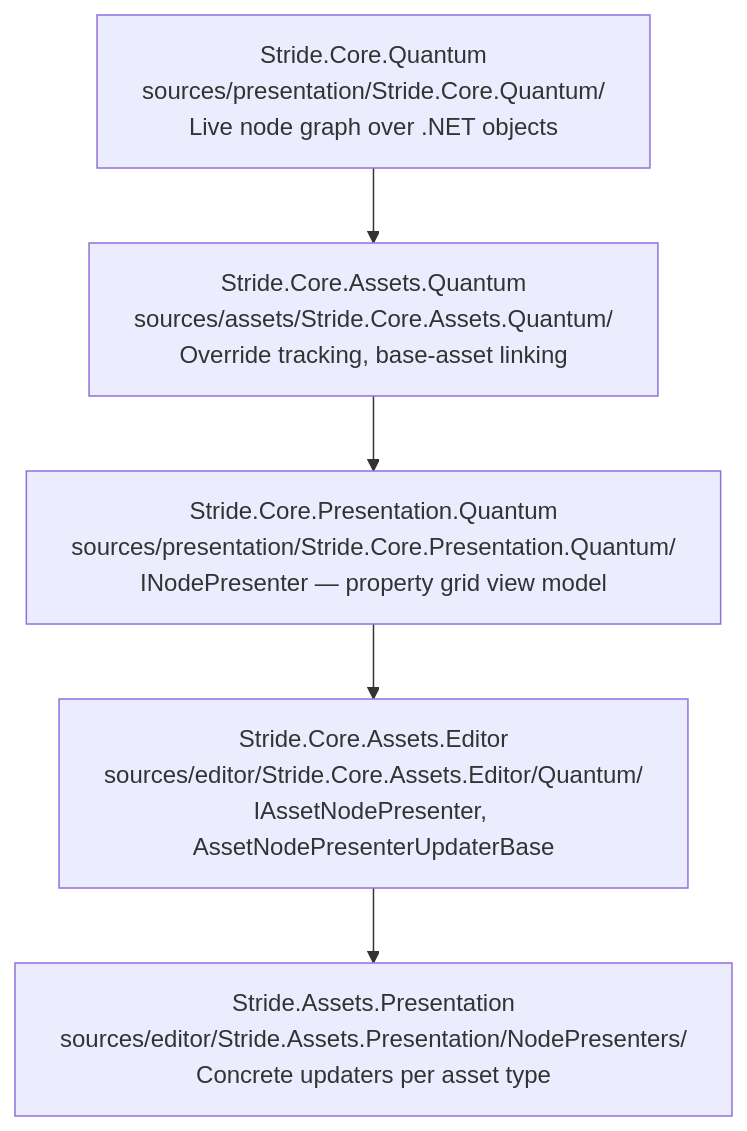
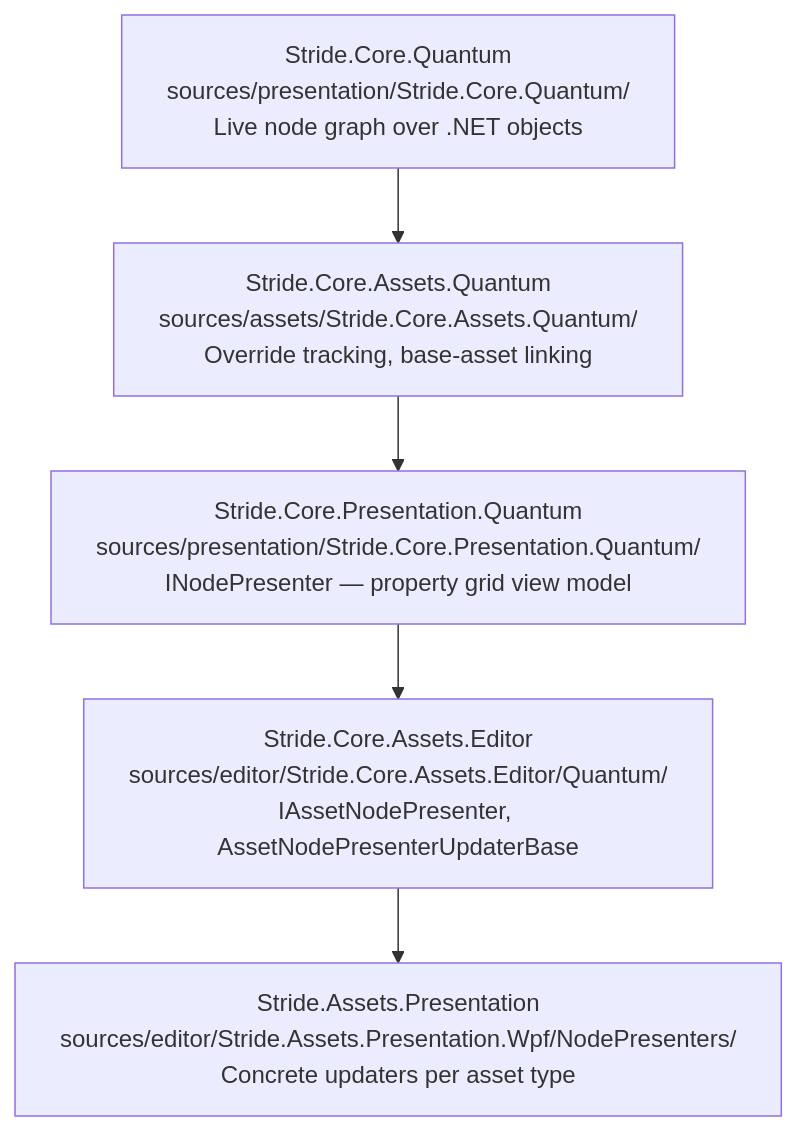
Before and after one commit to stride3d/stride: the diagram in docs/quantum/README.md, drawn with Mermaid. The commit also changed 877 other files, not shown here.

Commit message:
feat: move Stride.Assets.Presentation.Wpf

````diff
--- a/docs/quantum/README.md
+++ b/docs/quantum/README.md
@@ -7,13 +7,13 @@
 ```mermaid
 flowchart TD
     A["Stride.Core.Quantum<br/>sources/presentation/Stride.Core.Quantum/<br/>Live node graph over .NET objects"]
     B["Stride.Core.Assets.Quantum<br/>sources/assets/Stride.Core.Assets.Quantum/<br/>Override tracking, base-asset linking"]
     C["Stride.Core.Presentation.Quantum<br/>sources/presentation/Stride.Core.Presentation.Quantum/<br/>INodePresenter — property grid view model"]
     D["Stride.Core.Assets.Editor<br/>sources/editor/Stride.Core.Assets.Editor/Quantum/<br/>IAssetNodePresenter, AssetNodePresenterUpdaterBase"]
-    E["Stride.Assets.Presentation<br/>sources/editor/Stride.Assets.Presentation/NodePresenters/<br/>Concrete updaters per asset type"]
+    E["Stride.Assets.Presentation<br/>sources/editor/Stride.Assets.Presentation.Wpf/NodePresenters/<br/>Concrete updaters per asset type"]
 
     A --> B
     B --> C
     C --> D
     D --> E
 ```
````
